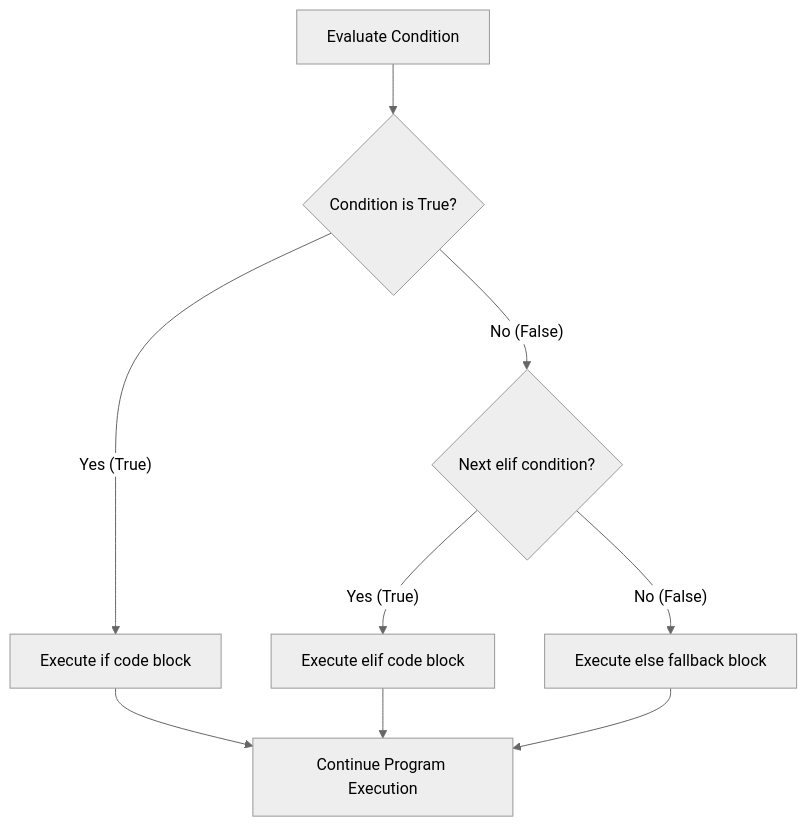
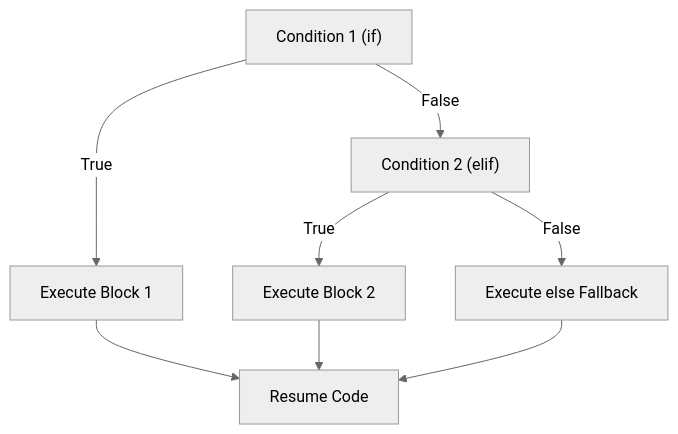
The second of 5 diagrams in NOTES.md (spant671-ux/Learning-Python), drawn with Mermaid (neutral theme) before and after one commit. The commit also changed other lines of this file, not shown here.

````diff
--- a/NOTES.md
+++ b/NOTES.md
@@ -79,11 +94,10 @@
 ```mermaid
 graph TD
-    Start["Evaluate Condition"] --> Check{"Condition is True?"}
-    Check -- "Yes (True)" --> IfBlock["Execute if code block"]
-    Check -- "No (False)" --> ElifCheck{"Next elif condition?"}
-    ElifCheck -- "Yes (True)" --> ElifBlock["Execute elif code block"]
-    ElifCheck -- "No (False)" --> ElseBlock["Execute else fallback block"]
-    IfBlock --> Exit["Continue Program Execution"]
-    ElifBlock --> Exit
+    Start["Condition 1 (if)"] -->|True| Block1["Execute Block 1"]
+    Start -->|False| Cond2["Condition 2 (elif)"]
+    Cond2 -->|True| Block2["Execute Block 2"]
+    Cond2 -->|False| ElseBlock["Execute else Fallback"]
+    Block1 --> Exit["Resume Code"]
+    Block2 --> Exit
     ElseBlock --> Exit
 ```
````
